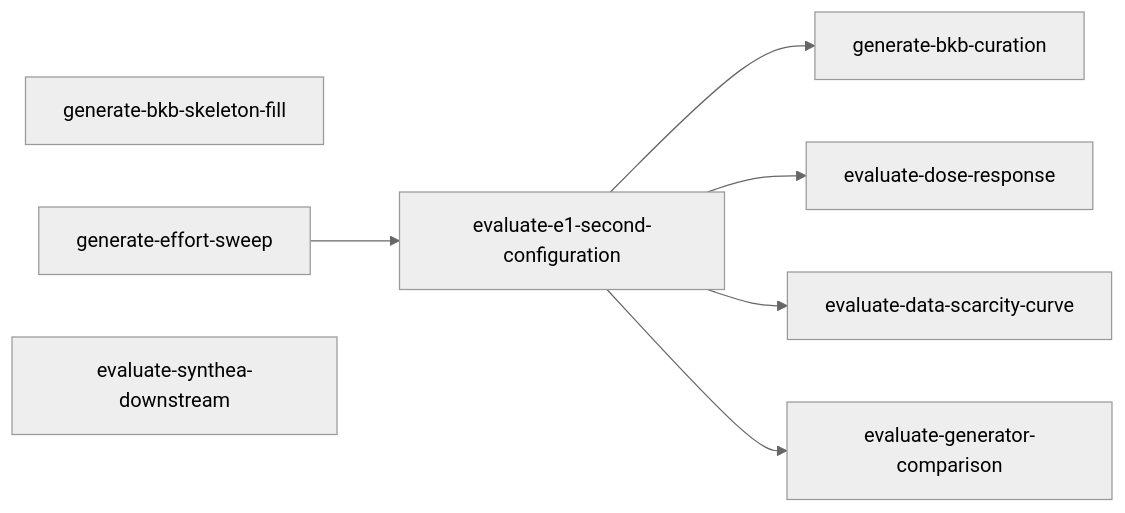
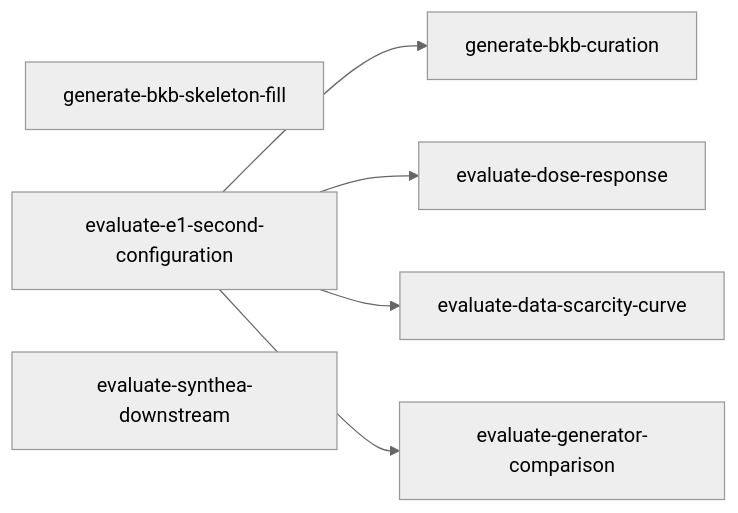
One commit to joe-dartmouth/synthetic changed the diagram in tasks/experiments-index.md. Above: the diagram before and after it, drawn with Mermaid (neutral theme). The commit also changed other lines of this file and 8 other files, not shown here.

First line of the commit message:
Run the effort sweep (G4) (#52)

````diff
--- a/tasks/experiments-index.md
+++ b/tasks/experiments-index.md
@@ -32,10 +31,9 @@
 ```mermaid
 flowchart LR
     skeleton_fill[generate-bkb-skeleton-fill]
     e1_second[evaluate-e1-second-configuration] --> bkb_curation[generate-bkb-curation]
-    effort_sweep[generate-effort-sweep] --> e1_second[evaluate-e1-second-configuration]
     e1_second[evaluate-e1-second-configuration] --> dose_response[evaluate-dose-response]
     e1_second[evaluate-e1-second-configuration] --> scarcity_curve[evaluate-data-scarcity-curve]
     e1_second[evaluate-e1-second-configuration] --> generator_comparison[evaluate-generator-comparison]
     synthea_downstream[evaluate-synthea-downstream]
 ```
````
